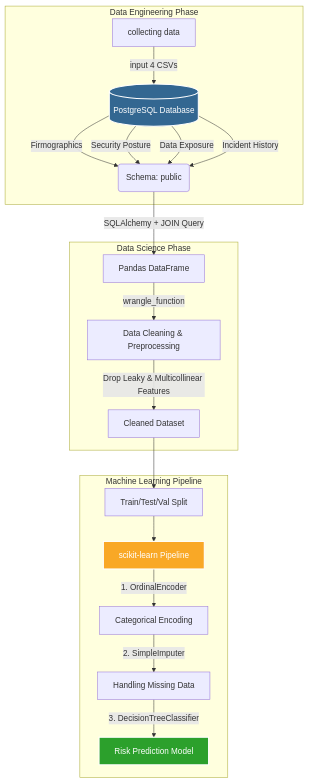
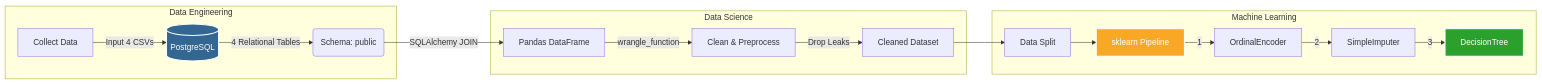
Before and after one commit to mohamedabdomm2/cyber-insurance-risk-model: the diagram in README.md, drawn with Mermaid.

Commit message:
Refactor system architecture diagram for clarity

````diff
--- a/README.md
+++ b/README.md
@@ -14,30 +14,27 @@
 ```mermaid
-graph TD
+graph LR
     %% Define Nodes
-    subgraph Data Engineering Phase
-    A[collecting data] -->|input 4 CSVs| B[(PostgreSQL Database)]
-    B -->|Firmographics| B1(Schema: public)
-    B -->|Security Posture| B1
-    B -->|Data Exposure| B1
-    B -->|Incident History| B1
+    subgraph Data Engineering
+    A[Collect Data] -->|Input 4 CSVs| B[(PostgreSQL)]
+    B -->|4 Relational Tables| B1(Schema: public)
     end
 
-    subgraph Data Science Phase
-    B1 -->|SQLAlchemy + JOIN Query| C[Pandas DataFrame]
-    C -->|wrangle_function| D[Data Cleaning & Preprocessing]
-    D -->|Drop Leaky & Multicollinear Features| E[Cleaned Dataset]
+    subgraph Data Science
+    B1 -->|SQLAlchemy JOIN| C[Pandas DataFrame]
+    C -->|wrangle_function| D[Clean & Preprocess]
+    D -->|Drop Leaks| E[Cleaned Dataset]
     end
 
-    subgraph Machine Learning Pipeline
-    E --> F[Train/Test/Val Split]
-    F --> G[scikit-learn Pipeline]
-    G -->|1. OrdinalEncoder| H[Categorical Encoding]
-    H -->|2. SimpleImputer| I[Handling Missing Data]
-    I -->|3. DecisionTreeClassifier| J[Risk Prediction Model]
+    subgraph Machine Learning
+    E --> F[Data Split]
+    F --> G[sklearn Pipeline]
+    G -->|1| H[OrdinalEncoder]
+    H -->|2| I[SimpleImputer]
+    I -->|3| J[DecisionTree]
     end
     
     %% Styling
     style B fill:#336791,stroke:#fff,stroke-width:2px,color:#fff
     style G fill:#f9a826,stroke:#fff,stroke-width:2px,color:#fff
     style J fill:#2ca02c,stroke:#fff,stroke-width:2px,color:#fff
 ```
````
